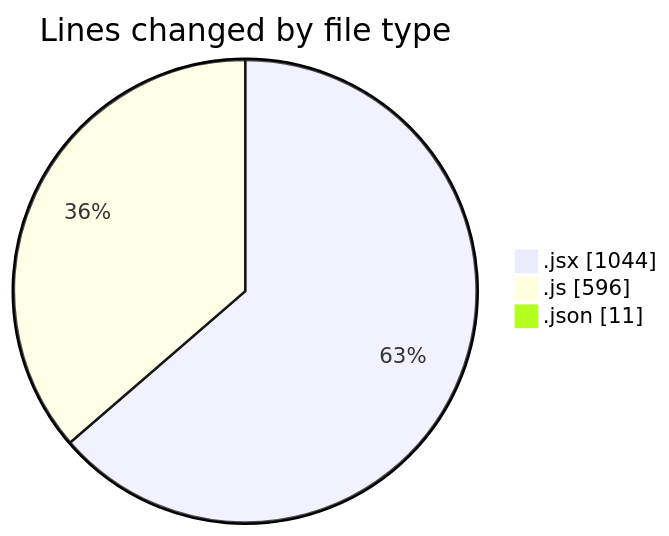
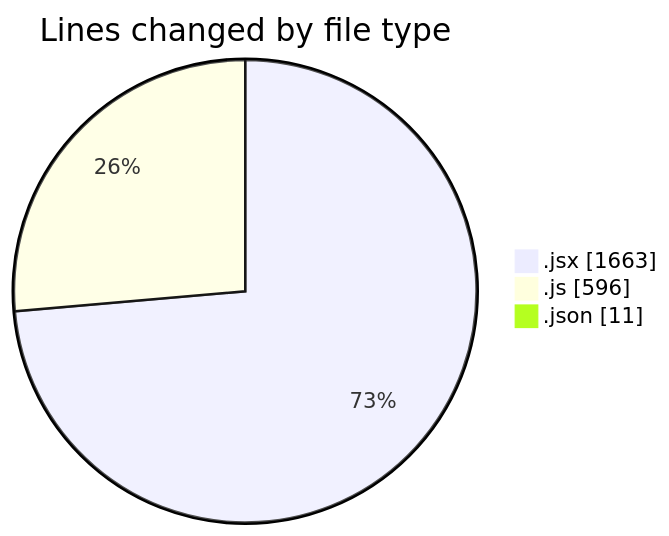
One commit to nxtqubesakshisongat/code-tracking changed the first of 2 diagrams in 2025-08-06/nxtqube_webapp/README.md. Above: the diagram before and after it, drawn with Mermaid. The commit also changed other lines of this file and 1 other file, not shown here.

````diff
--- a/2025-08-06/nxtqube_webapp/README.md
+++ b/2025-08-06/nxtqube_webapp/README.md
@@ -24,7 +25,7 @@
 ```mermaid
 pie showData
 title Lines changed by file type
-".jsx" : 1044
+".jsx" : 1663
 ".js" : 596
 ".json" : 11
 ```
````
